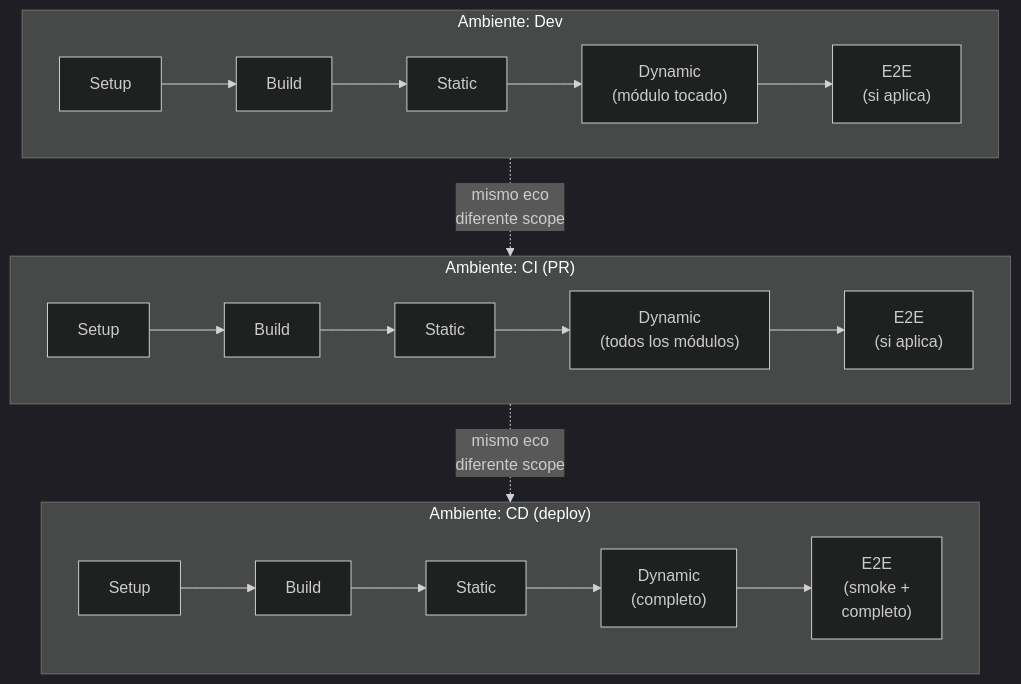
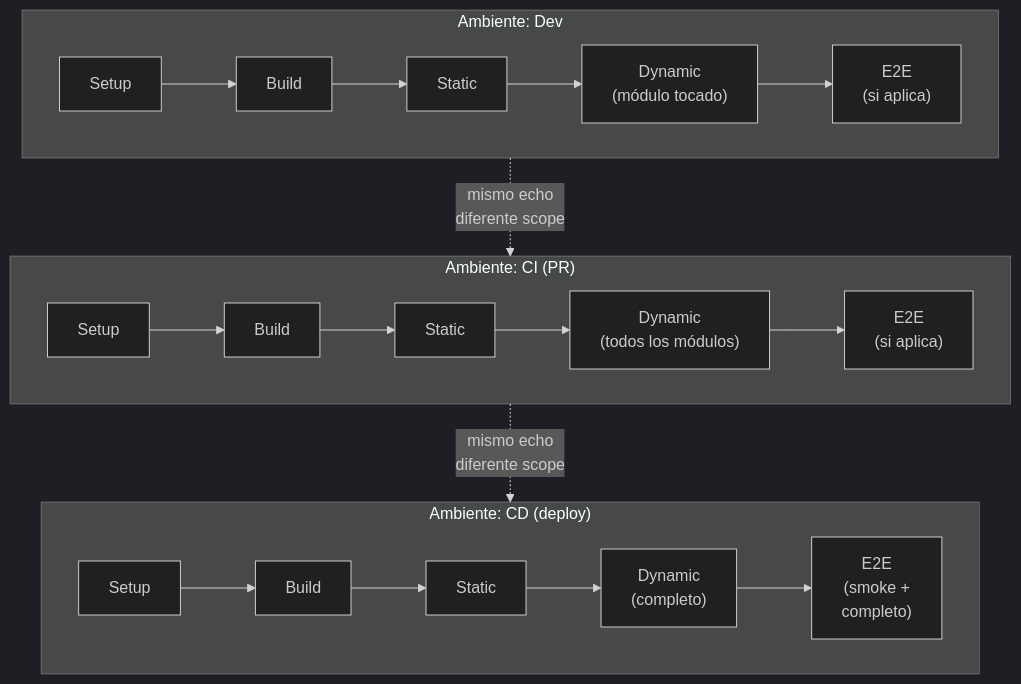
The second of 5 diagrams in docs/echo-system.md (virgenherrera/idea-to-mvp), drawn with Mermaid (dark theme) before and after one commit. The commit also changed other lines of this file and 30 other files, not shown here.

````diff
--- a/docs/echo-system.md
+++ b/docs/echo-system.md
@@ -157,20 +174,20 @@
 ```mermaid
 flowchart TD
     subgraph DEV["Ambiente: Dev"]
         direction LR
         D1["Setup"] --> D2["Build"] --> D3["Static"] --> D4["Dynamic\n(módulo tocado)"] --> D5["E2E\n(si aplica)"]
     end
 
     subgraph CI["Ambiente: CI (PR)"]
         direction LR
         C1["Setup"] --> C2["Build"] --> C3["Static"] --> C4["Dynamic\n(todos los módulos)"] --> C5["E2E\n(si aplica)"]
     end
 
     subgraph CD["Ambiente: CD (deploy)"]
         direction LR
         CD1["Setup"] --> CD2["Build"] --> CD3["Static"] --> CD4["Dynamic\n(completo)"] --> CD5["E2E\n(smoke +\ncompleto)"]
     end
 
-    DEV -.->|"mismo eco\ndiferente scope"| CI
-    CI -.->|"mismo eco\ndiferente scope"| CD
+    DEV -.->|"mismo echo\ndiferente scope"| CI
+    CI -.->|"mismo echo\ndiferente scope"| CD
 ```
````
